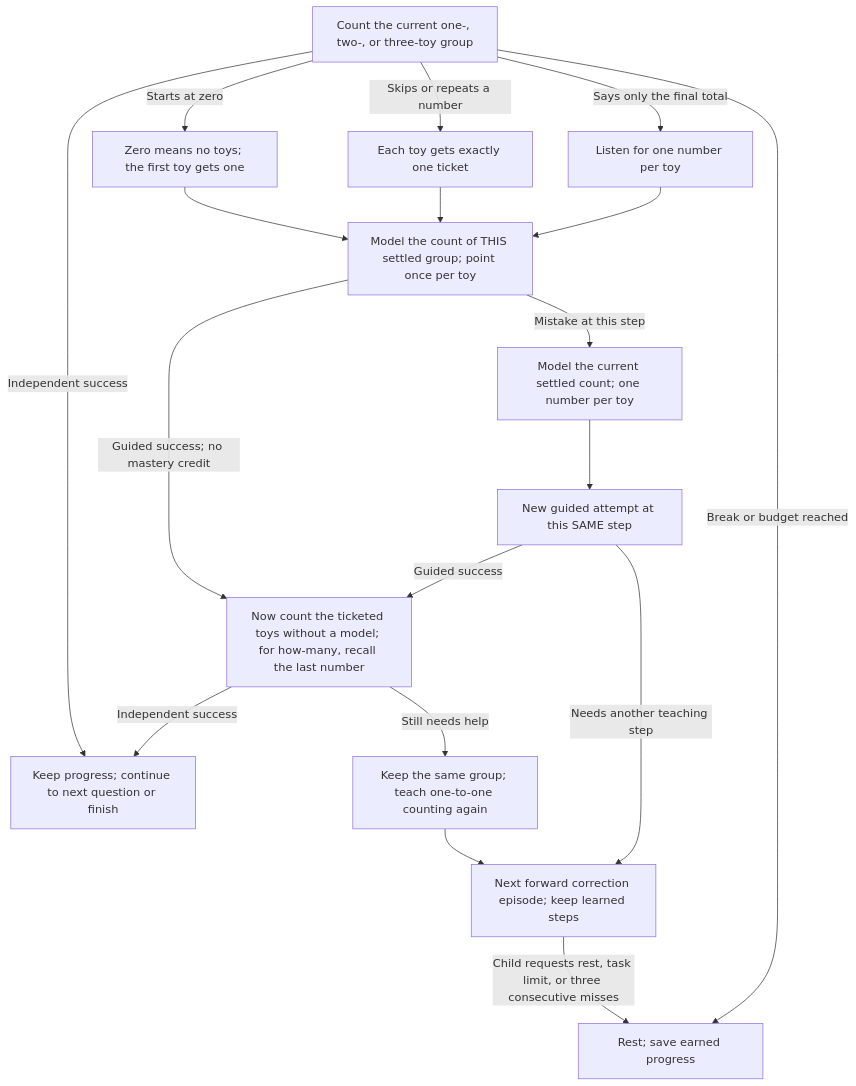
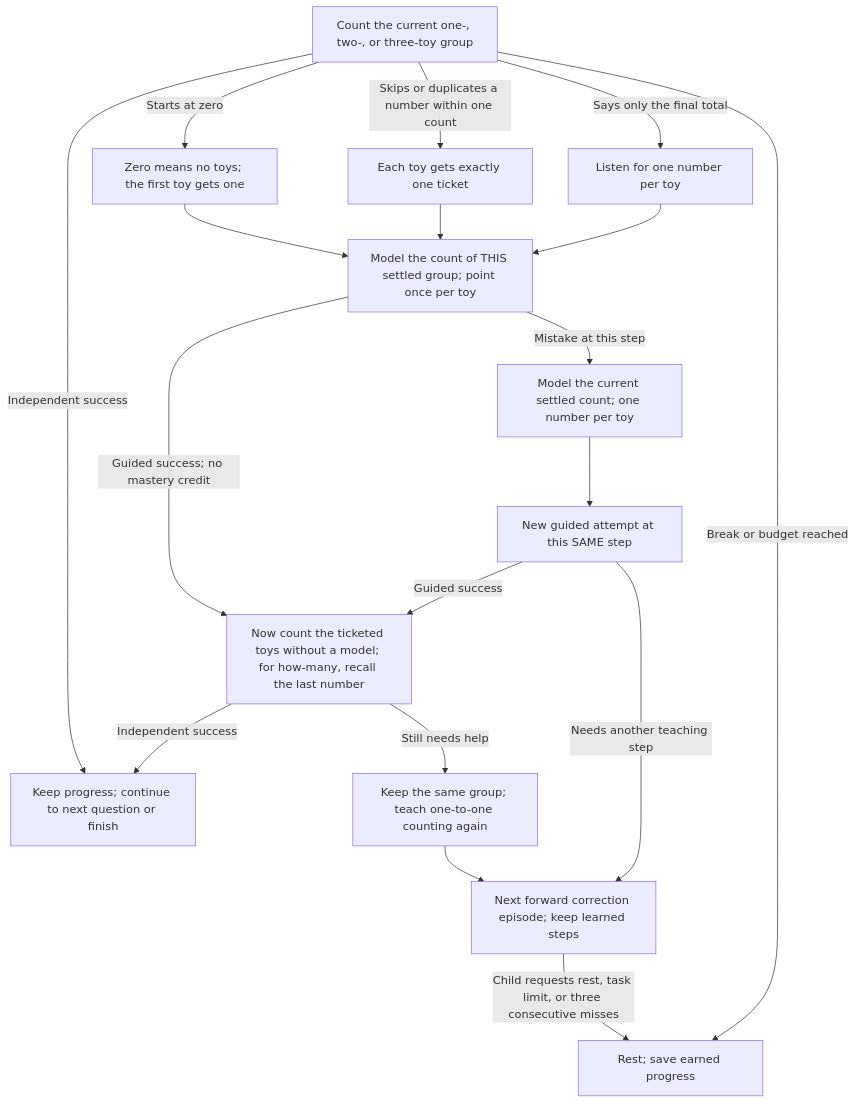
One commit to sealsbroken/unmath changed the first of 2 diagrams in README.md. Above: the diagram before and after it, drawn with Mermaid. The commit also changed other lines of this file and 15 other files, not shown here.

````diff
--- a/README.md
+++ b/README.md
@@ -84,20 +84,20 @@
 ```mermaid
 flowchart TD
     Choose["Count the current one-, two-, or three-toy group"] -->|"Independent success"| Done["Keep progress; continue to next question or finish"]
     Choose -->|"Starts at zero"| E0["Zero means no toys; the first toy gets one"]
     E0 --> S0
-    Choose -->|"Skips or repeats a number"| E1["Each toy gets exactly one ticket"]
+    Choose -->|"Skips or duplicates a number within one count"| E1["Each toy gets exactly one ticket"]
     E1 --> S0
     Choose -->|"Says only the final total"| E2["Listen for one number per toy"]
     E2 --> S0
     S0["Model the count of THIS settled group; point once per toy"] -->|"Guided success; no mastery credit"| Follow
     S0 -->|"Mistake at this step"| H0["Model the current settled count; one number per toy"]
     H0 --> R0["New guided attempt at this SAME step"]
     R0 -->|"Guided success"| Follow
     R0 -->|"Needs another teaching step"| Continue["Next forward correction episode; keep learned steps"]
     Follow["Now count the ticketed toys without a model; for how-many, recall the last number"] -->|"Independent success"| Done
     Follow -->|"Still needs help"| Focus["Keep the same group; teach one-to-one counting again"]
     Focus --> Continue
     Choose -->|"Break or budget reached"| Rest["Rest; save earned progress"]
     Continue -->|"Child requests rest, task limit, or three consecutive misses"| Rest
 ```
````
